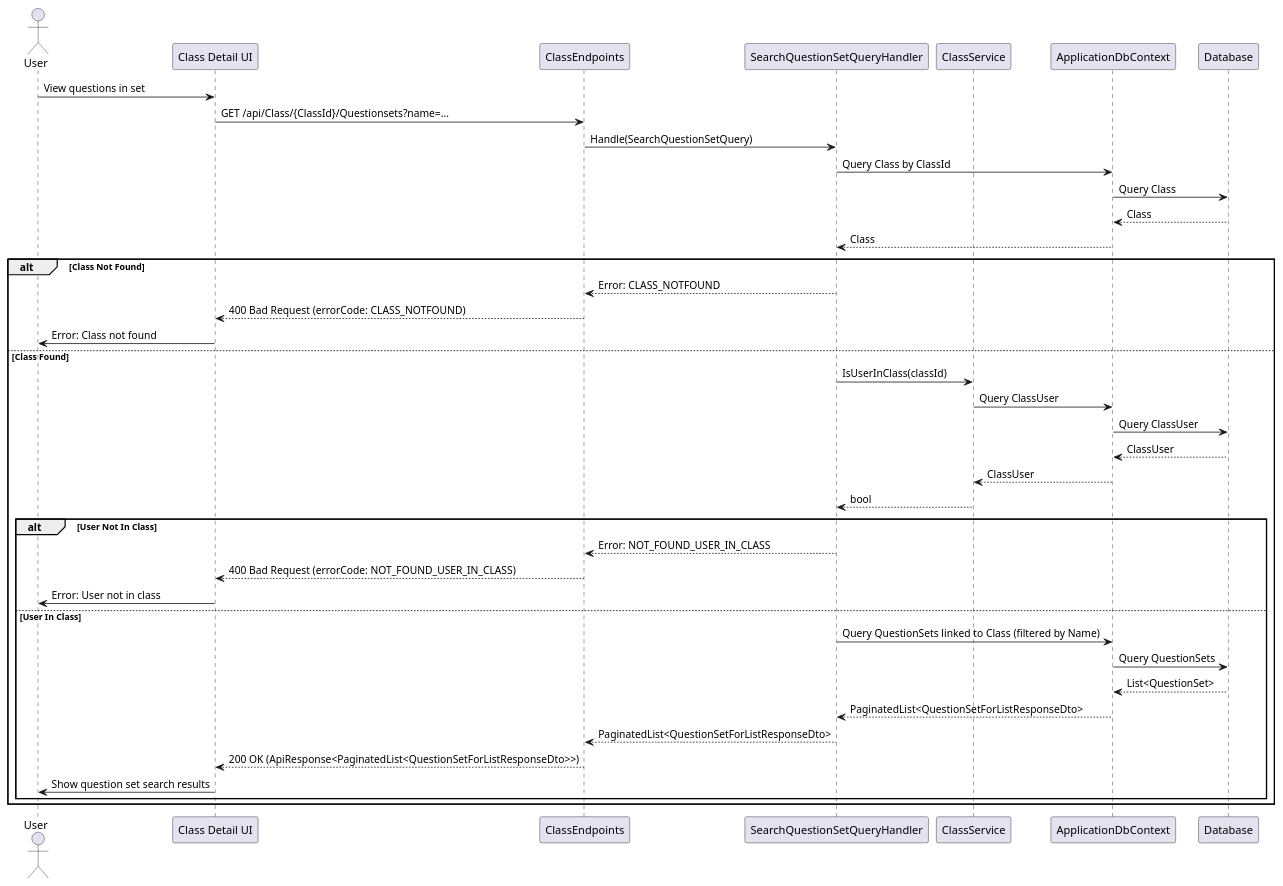
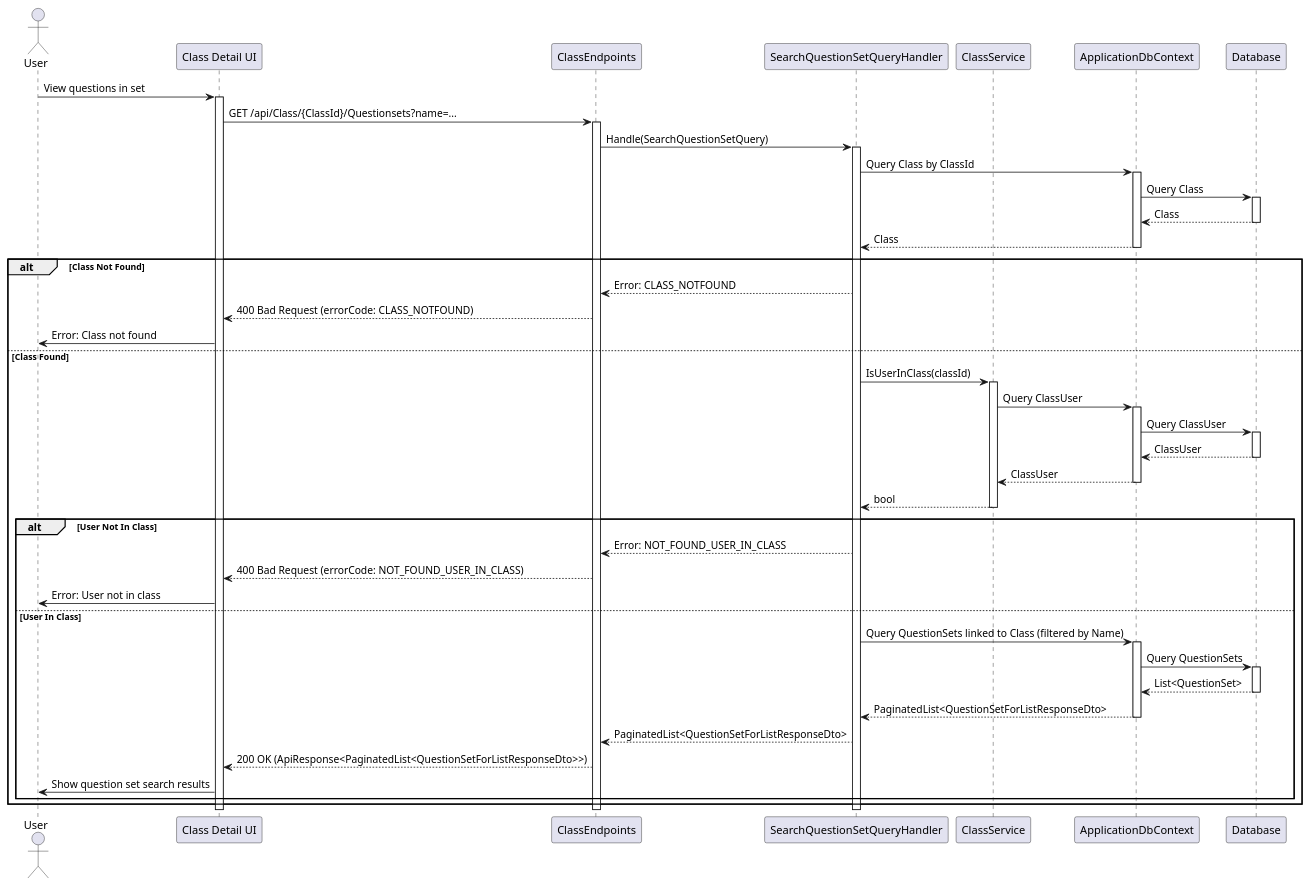
The diagram in classes/Sequence/SearchQuestionSetQuery.puml (thanhkhac/SEP_Diagram), drawn with PlantUML before and after one commit. The commit also changed 17 other files, not shown here.

Commit message:
Add UI and endpoint activation/deactivation to sequence diagrams

```diff
--- a/classes/Sequence/SearchQuestionSetQuery.puml
+++ b/classes/Sequence/SearchQuestionSetQuery.puml
@@ -1,42 +1,62 @@
 @startuml
 actor User
 participant "Class Detail UI" as UI
 participant ClassEndpoints
 participant SearchQuestionSetQueryHandler as Handler
 participant ClassService
 participant ApplicationDbContext
 participant Database
 
 User -> UI : View questions in set
+activate UI
 UI -> ClassEndpoints : GET /api/Class/{ClassId}/Questionsets?name=...
+activate ClassEndpoints
 ClassEndpoints -> Handler : Handle(SearchQuestionSetQuery)
+activate Handler
 Handler -> ApplicationDbContext : Query Class by ClassId
+activate ApplicationDbContext
 ApplicationDbContext -> Database : Query Class
+activate Database
 Database --> ApplicationDbContext : Class
+deactivate Database
 ApplicationDbContext --> Handler : Class
+deactivate ApplicationDbContext
 alt Class Not Found
     Handler --> ClassEndpoints : Error: CLASS_NOTFOUND
     ClassEndpoints --> UI : 400 Bad Request (errorCode: CLASS_NOTFOUND)
     UI -> User : Error: Class not found
 else Class Found
     Handler -> ClassService : IsUserInClass(classId)
+    activate ClassService
     ClassService -> ApplicationDbContext : Query ClassUser
+    activate ApplicationDbContext
     ApplicationDbContext -> Database : Query ClassUser
+    activate Database
     Database --> ApplicationDbContext : ClassUser
+    deactivate Database
     ApplicationDbContext --> ClassService : ClassUser
+    deactivate ApplicationDbContext
     ClassService --> Handler : bool
+    deactivate ClassService
     alt User Not In Class
         Handler --> ClassEndpoints : Error: NOT_FOUND_USER_IN_CLASS
         ClassEndpoints --> UI : 400 Bad Request (errorCode: NOT_FOUND_USER_IN_CLASS)
         UI -> User : Error: User not in class
     else User In Class
         Handler -> ApplicationDbContext : Query QuestionSets linked to Class (filtered by Name)
+        activate ApplicationDbContext
         ApplicationDbContext -> Database : Query QuestionSets
+        activate Database
         Database --> ApplicationDbContext : List<QuestionSet>
+        deactivate Database
         ApplicationDbContext --> Handler : PaginatedList<QuestionSetForListResponseDto>
+        deactivate ApplicationDbContext
         Handler --> ClassEndpoints : PaginatedList<QuestionSetForListResponseDto>
         ClassEndpoints --> UI : 200 OK (ApiResponse<PaginatedList<QuestionSetForListResponseDto>>)
         UI -> User : Show question set search results
     end
 end
+deactivate Handler
+deactivate ClassEndpoints
+deactivate UI
 @enduml
```
